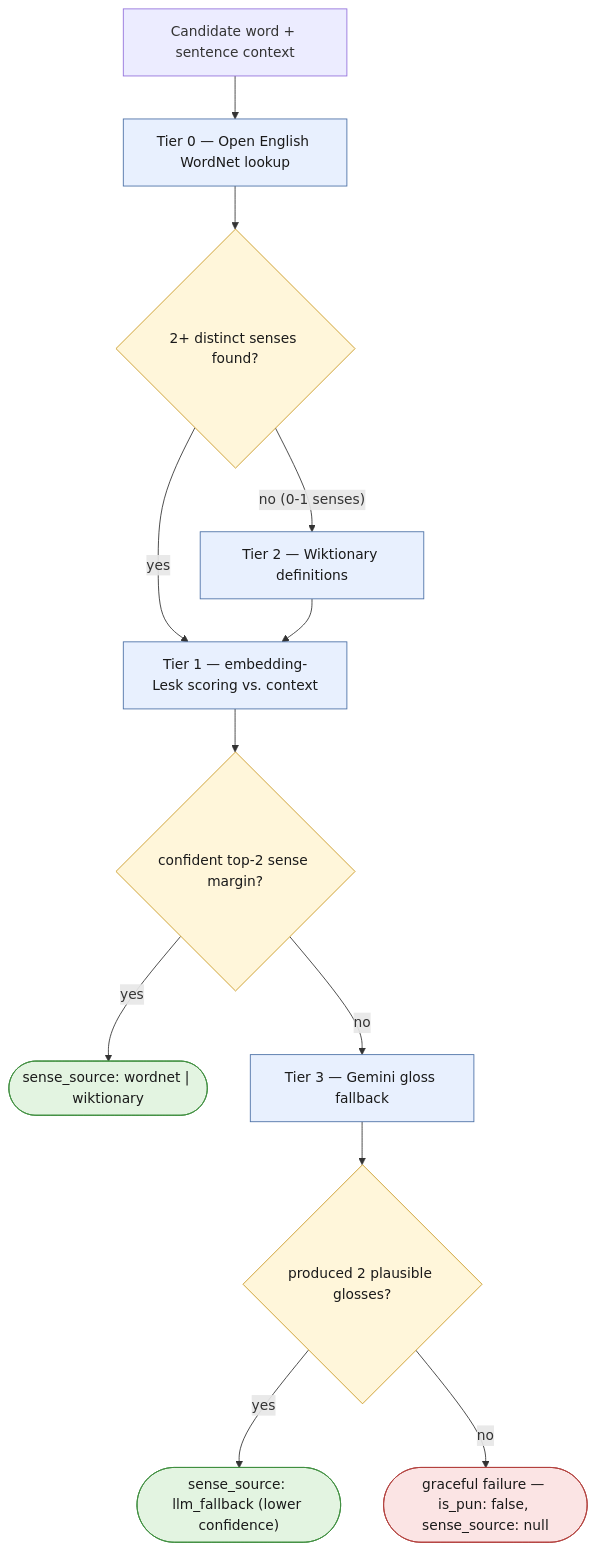
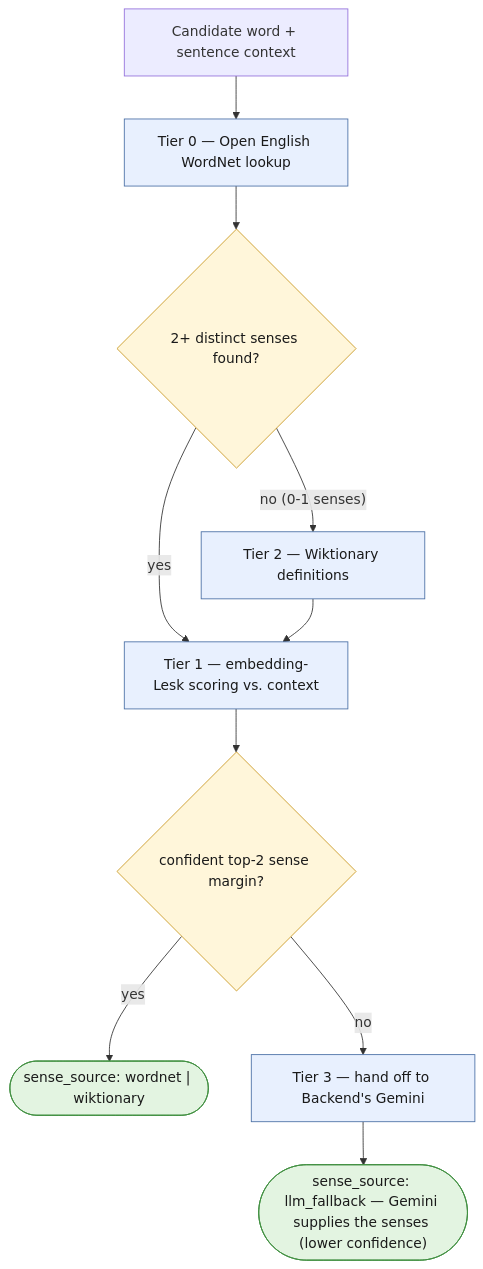
One commit to team-play/pun-analysis-agent changed the second of 2 diagrams in docs/design/sense-selection.md. Above: the diagram before and after it, drawn with Mermaid. The commit also changed other lines of this file and 11 other files, not shown here.

````diff
--- a/docs/design/sense-selection.md
+++ b/docs/design/sense-selection.md
@@ -30,23 +31,19 @@
 ```mermaid
 flowchart TD
     IN["Candidate word + sentence context"] --> T0["Tier 0 — Open English WordNet lookup"]
     T0 --> D0{"2+ distinct senses found?"}
     D0 -- "yes" --> T1["Tier 1 — embedding-Lesk scoring vs. context"]
     D0 -- "no (0-1 senses)" --> T2["Tier 2 — Wiktionary definitions"]
     T2 --> T1
     T1 --> D1{"confident top-2 sense margin?"}
     D1 -- "yes" --> OK1(["sense_source: wordnet | wiktionary"])
-    D1 -- "no" --> T3["Tier 3 — Gemini gloss fallback"]
-    T3 --> D3{"produced 2 plausible glosses?"}
-    D3 -- "yes" --> OK2(["sense_source: llm_fallback (lower confidence)"])
-    D3 -- "no" --> FAIL(["graceful failure — is_pun: false, sense_source: null"])
+    D1 -- "no" --> T3["Tier 3 — hand off to Backend's Gemini"]
+    T3 --> OK2(["sense_source: llm_fallback — Gemini supplies the senses (lower confidence)"])
 
     classDef tier fill:#e8f0fe,stroke:#4a6fa5,color:#1a1a1a;
     classDef decision fill:#fff6da,stroke:#c9971f,color:#1a1a1a;
     classDef success fill:#e3f4e1,stroke:#3f8f3f,color:#1a1a1a;
-    classDef failure fill:#fbe4e4,stroke:#b3413d,color:#1a1a1a;
     class T0,T1,T2,T3 tier;
-    class D0,D1,D3 decision;
+    class D0,D1 decision;
     class OK1,OK2 success;
-    class FAIL failure;
 ```
````
